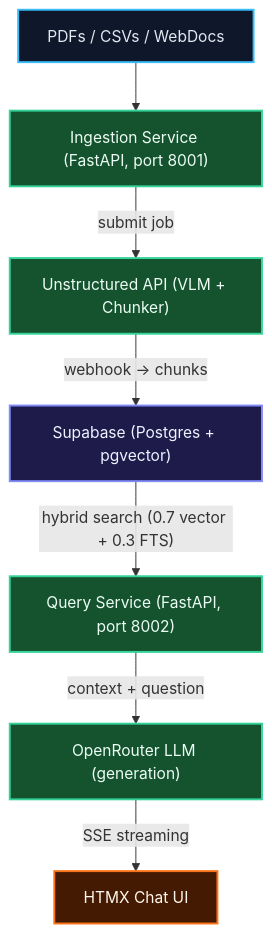
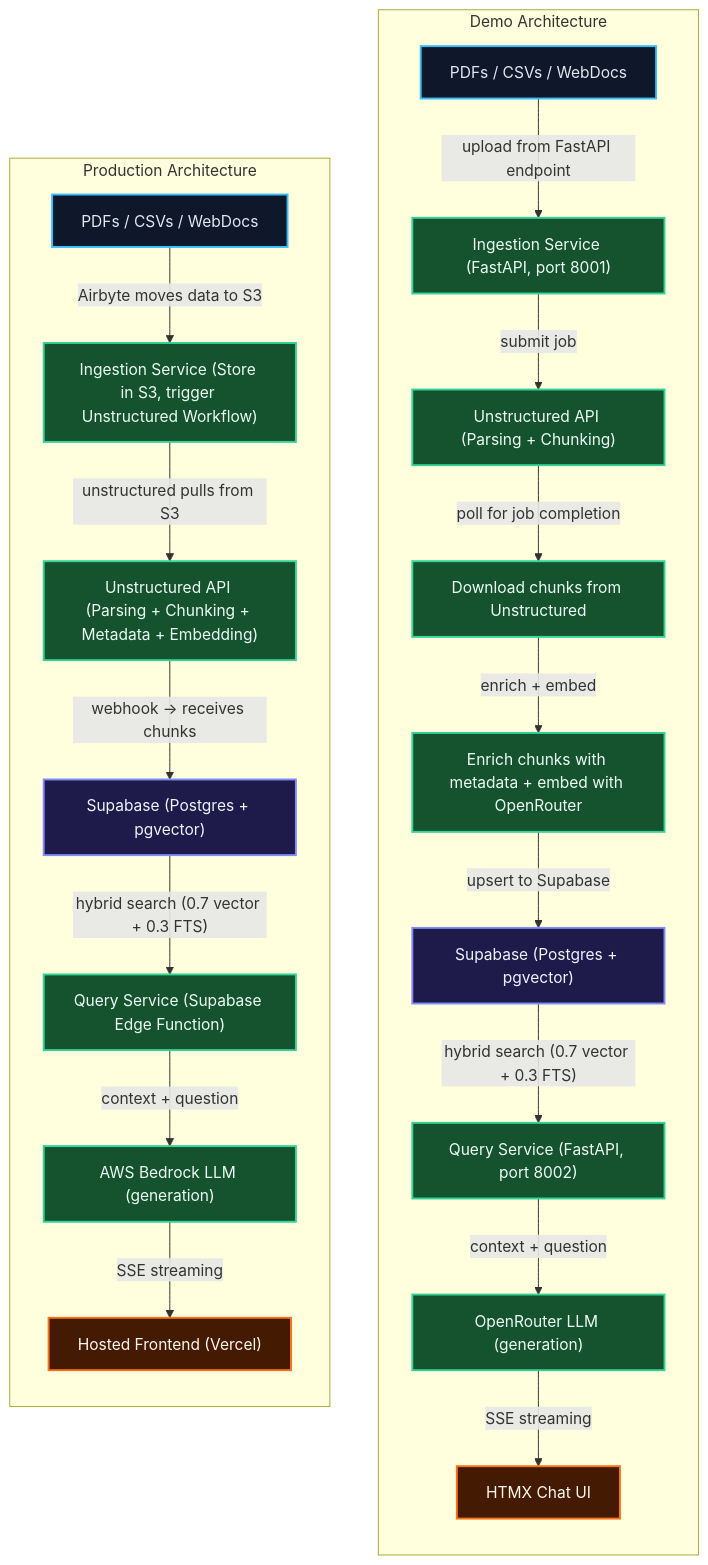
One commit to MarzukhAsjad/marzukhasjad.github.io changed the second of 2 diagrams in src/content/blog7.md. Above: the diagram before and after it, drawn with Mermaid. The commit also changed other lines of this file and 7 other files, not shown here.

````diff
--- a/src/content/blog7.md
+++ b/src/content/blog7.md
@@ -44,27 +74,54 @@
 ```mermaid
-flowchart TD
-    PDF["PDFs / CSVs / WebDocs"]
-    Ingestion["Ingestion Service (FastAPI, port 8001)"]
-    Unstruct["Unstructured API (VLM + Chunker)"]
-    Supabase["Supabase (Postgres + pgvector)"]
-    Query["Query Service (FastAPI, port 8002)"]
-    LLM["OpenRouter LLM (generation)"]
-    Frontend["HTMX Chat UI"]
-
-    PDF --> Ingestion
-    Ingestion -->|"submit job"| Unstruct
-    Unstruct -->|"webhook → chunks"| Supabase
-    Supabase -->|"hybrid search (0.7 vector + 0.3 FTS)"| Query
-    Query -->|"context + question"| LLM
-    LLM -->|"SSE streaming"| Frontend
-
+flowchart LR
     classDef source fill:#0f172a,stroke:#38bdf8,color:#e2e8f0,stroke-width:2px;
     classDef service fill:#14532d,stroke:#34d399,color:#ecfdf5,stroke-width:2px;
     classDef db fill:#1e1b4b,stroke:#818cf8,color:#eef2ff,stroke-width:2px;
     classDef ui fill:#451a03,stroke:#f97316,color:#fff7ed,stroke-width:2px;
 
-    class PDF source;
-    class Ingestion,Unstruct,Query,LLM service;
-    class Supabase db;
-    class Frontend ui;
+    subgraph leftGraph["Production Architecture"]
+        direction TB
+        PDFL["PDFs / CSVs / WebDocs"]
+        IngestionL["Ingestion Service (Store in S3, trigger Unstructured Workflow)"]
+        UnstructL["Unstructured API (Parsing + Chunking + Metadata + Embedding)"]
+        SupabaseL["Supabase (Postgres + pgvector)"]
+        QueryL["Query Service (Supabase Edge Function)"]
+        LLML["AWS Bedrock LLM (generation)"]
+        FrontendL["Hosted Frontend (Vercel)"]
+
+        PDFL -->|"Airbyte moves data to S3"| IngestionL
+        IngestionL -->|"unstructured pulls from S3"| UnstructL
+        UnstructL -->|"webhook → receives chunks"| SupabaseL
+        SupabaseL -->|"hybrid search (0.7 vector + 0.3 FTS)"| QueryL
+        QueryL -->|"context + question"| LLML
+        LLML -->|"SSE streaming"| FrontendL
+
+        class PDFL source;
+        class IngestionL,UnstructL,QueryL,LLML service;
+        class SupabaseL db;
+        class FrontendL ui;
+    end
+
+    subgraph rightGraph["Demo Architecture"]
+        direction TB
+        PDFR["PDFs / CSVs / WebDocs"]:::source
+        IngestionR["Ingestion Service (FastAPI, port 8001)"]:::service
+        UnstructR["Unstructured API (Parsing + Chunking)"]:::service
+        DownloadR["Download chunks from Unstructured"]:::service
+        EnrichR["Enrich chunks with metadata + embed with OpenRouter"]:::service
+        SupabaseR["Supabase (Postgres + pgvector)"]:::db
+        QueryR["Query Service (FastAPI, port 8002)"]:::service
+        LLMR["OpenRouter LLM (generation)"]:::service
+        FrontendR["HTMX Chat UI"]:::ui
+
+        PDFR -->|"upload from FastAPI endpoint"| IngestionR
+        IngestionR -->|"submit job"| UnstructR
+        UnstructR -->|"poll for job completion"| DownloadR
+        DownloadR -->|"enrich + embed"| EnrichR
+        EnrichR -->|"upsert to Supabase"| SupabaseR
+        SupabaseR -->|"hybrid search (0.7 vector + 0.3 FTS)"| QueryR
+        QueryR -->|"context + question"| LLMR
+        LLMR -->|"SSE streaming"| FrontendR
+    end
+
+    leftGraph ~~~ rightGraph
 ```
````
